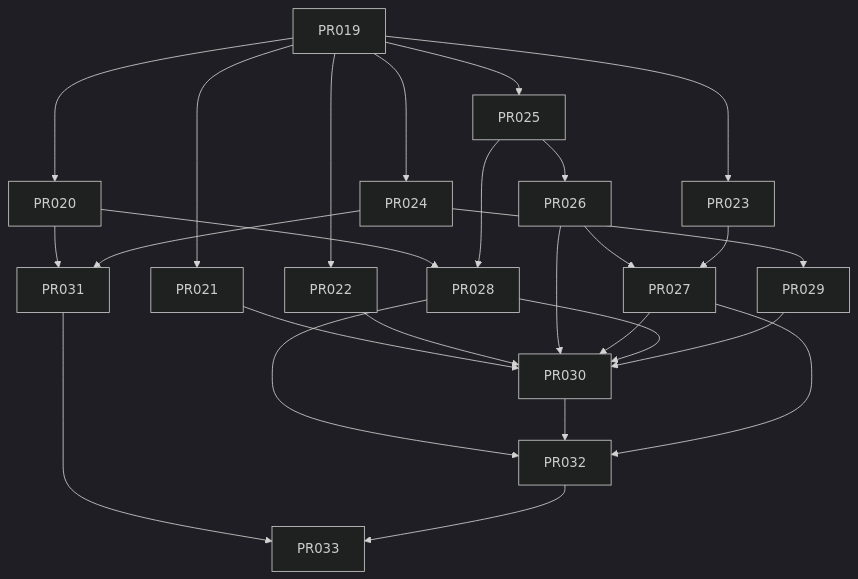
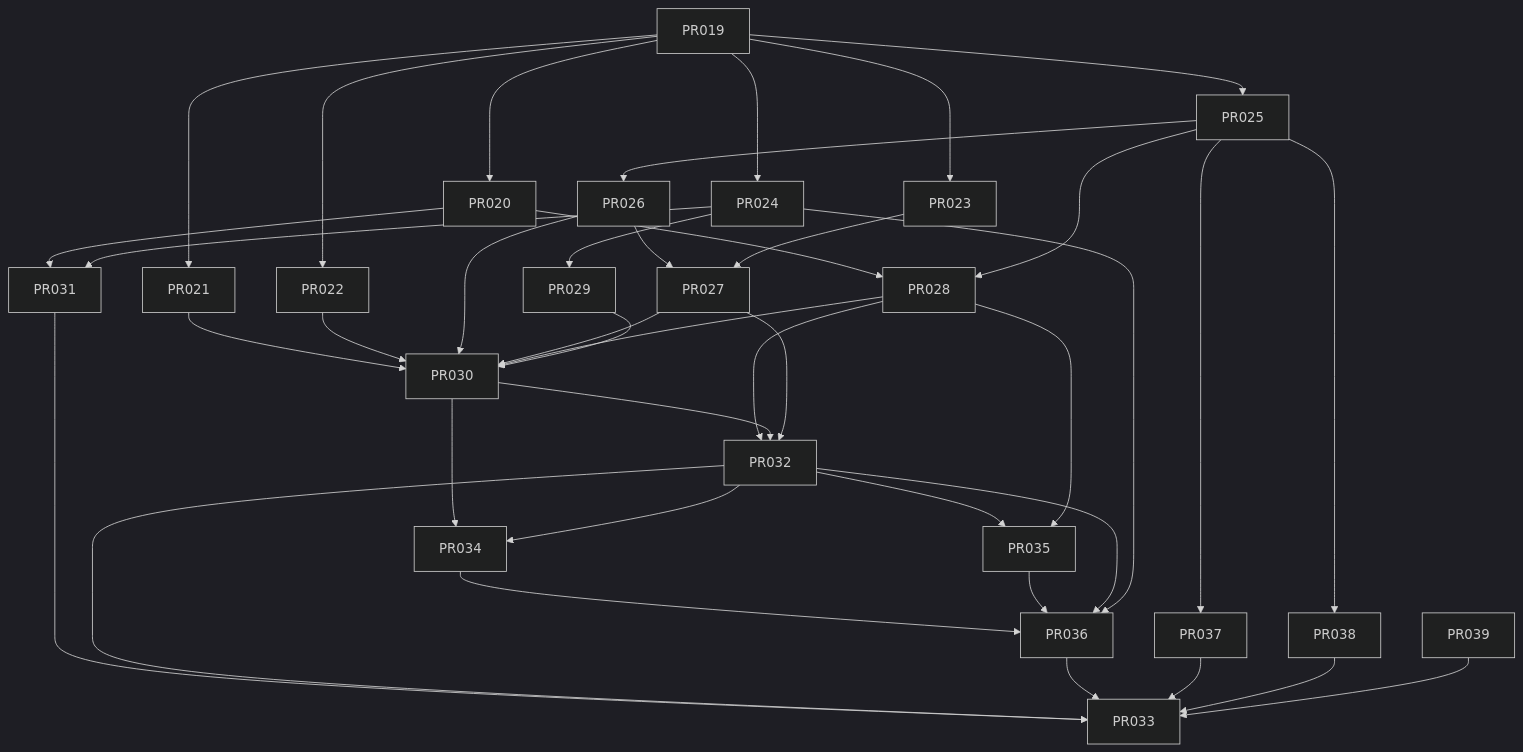
The diagram in specs/002-source-sdk-crawler/tasks.md (r03eRt/XTrace), drawn with Mermaid (dark theme) before and after one commit. The commit also changed other lines of this file, not shown here.

````diff
--- a/specs/002-source-sdk-crawler/tasks.md
+++ b/specs/002-source-sdk-crawler/tasks.md
@@ -346,19 +415,29 @@
 ```mermaid
 flowchart TD
     PR019 --> PR020 & PR021 & PR022 & PR023 & PR024 & PR025
     PR020 --> PR028 & PR031
     PR024 --> PR029 & PR031
     PR025 --> PR026 & PR028
     PR026 --> PR027
     PR023 --> PR027
     PR021 --> PR030
     PR022 --> PR030
     PR026 --> PR030
     PR027 --> PR030
     PR028 --> PR030 & PR032
     PR029 --> PR030
-    PR030 --> PR032
+    PR030 --> PR032 & PR034
     PR027 --> PR032
     PR031 --> PR033
-    PR032 --> PR033
+    PR032 --> PR033 & PR034 & PR035
+    PR028 --> PR035
+    PR025 --> PR037 & PR038
+    PR034 --> PR036
+    PR035 --> PR036
+    PR032 --> PR036
+    PR024 --> PR036
+    PR036 --> PR033
+    PR037 --> PR033
+    PR038 --> PR033
+    PR039 --> PR033
 ```
````
